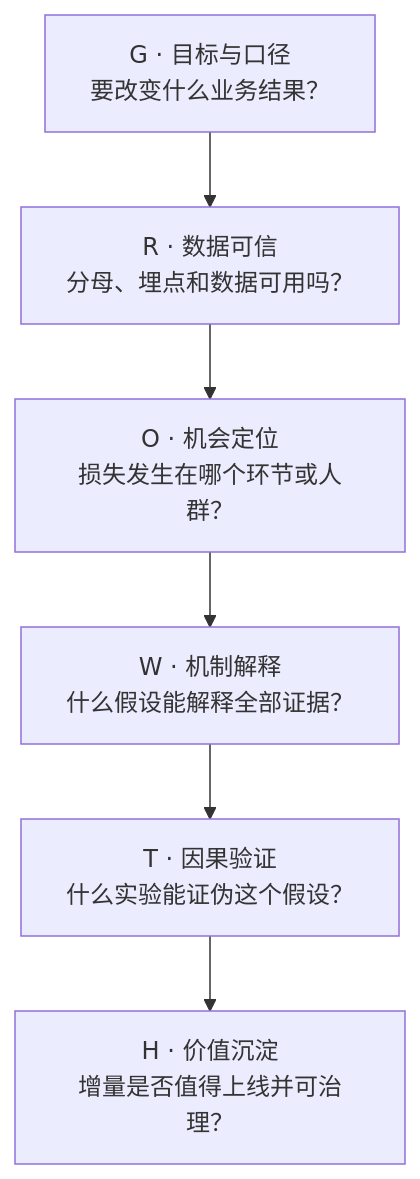
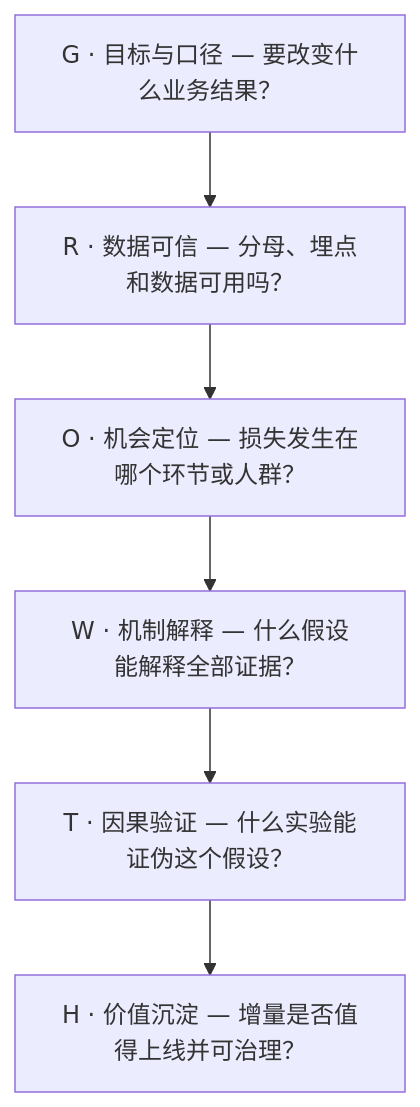
Before and after one commit to liu-XI71/growthlab-user-growth-analytics: the first of 2 diagrams in README_zh.md, drawn with Mermaid. The commit also changed 1 other file, not shown here.

Commit message:
Fix GROWTH node label readability

````diff
--- a/README_zh.md
+++ b/README_zh.md
@@ -30,8 +30,8 @@
 ```mermaid
 flowchart TB
-    G["G · 目标与口径<br/>要改变什么业务结果？"] --> R["R · 数据可信<br/>分母、埋点和数据可用吗？"]
-    R --> O["O · 机会定位<br/>损失发生在哪个环节或人群？"]
-    O --> W["W · 机制解释<br/>什么假设能解释全部证据？"]
-    W --> T["T · 因果验证<br/>什么实验能证伪这个假设？"]
-    T --> H["H · 价值沉淀<br/>增量是否值得上线并可治理？"]
+    G["G · 目标与口径 — 要改变什么业务结果？"] --> R["R · 数据可信 — 分母、埋点和数据可用吗？"]
+    R --> O["O · 机会定位 — 损失发生在哪个环节或人群？"]
+    O --> W["W · 机制解释 — 什么假设能解释全部证据？"]
+    W --> T["T · 因果验证 — 什么实验能证伪这个假设？"]
+    T --> H["H · 价值沉淀 — 增量是否值得上线并可治理？"]
 ```
````
